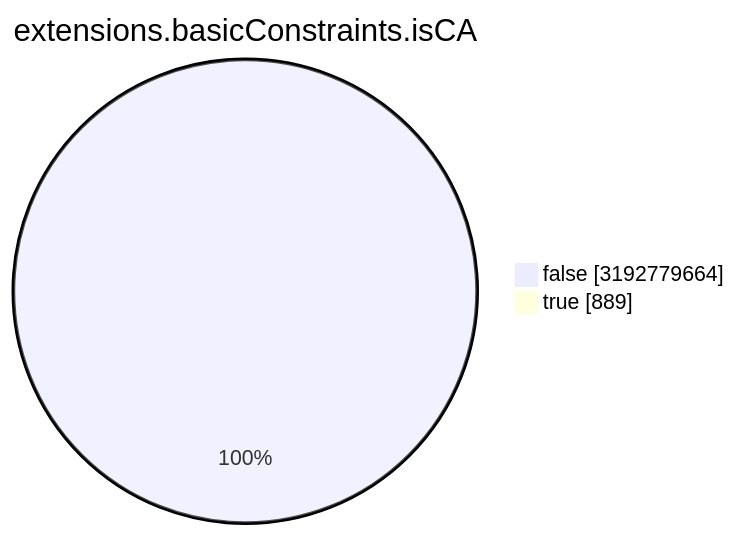
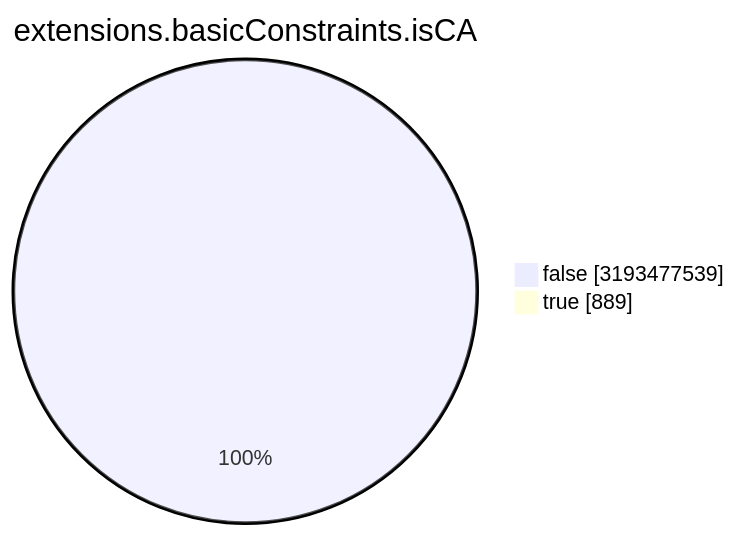
The seventh of 15 diagrams in TOTAL/README.md (christiankrug/ctmonitor_visualization), drawn with Mermaid before and after one commit. The commit also changed other lines of this file, not shown here.

````diff
--- a/TOTAL/README.md
+++ b/TOTAL/README.md
@@ -3088,6 +3088,6 @@
 ```mermaid
 pie showData
 title extensions.basicConstraints.isCA
-"false" :3192779664
+"false" :3193477539
 "true" :889
 ```
````
